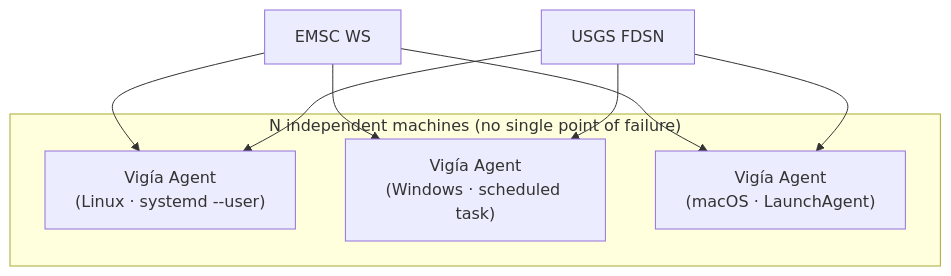
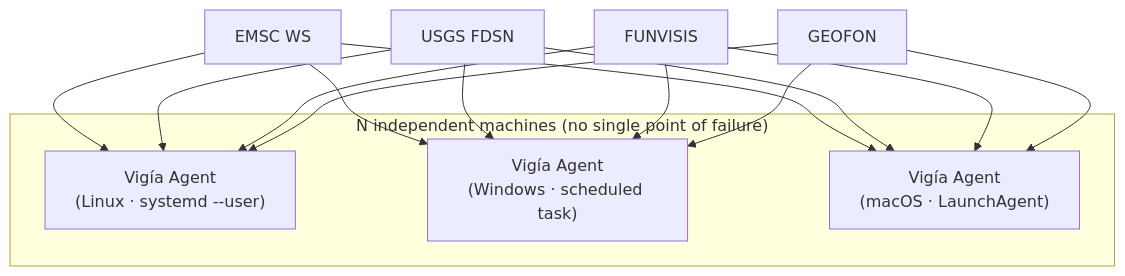
The fourth of 5 diagrams in ARCHITECTURE.md (ecrespo/vigia-eew), drawn with Mermaid before and after one commit. The commit also changed other lines of this file and 21 other files, not shown here.

````diff
--- a/ARCHITECTURE.md
+++ b/ARCHITECTURE.md
@@ -163,10 +175,12 @@
 ```mermaid
 flowchart TB
     subgraph PCs["N independent machines (no single point of failure)"]
         A["Vigía Agent<br/>(Linux · systemd --user)"]
         B["Vigía Agent<br/>(Windows · scheduled task)"]
         C["Vigía Agent<br/>(macOS · LaunchAgent)"]
     end
     EMSC["EMSC WS"] --> A & B & C
     USGS["USGS FDSN"] --> A & B & C
+    FUNVISIS["FUNVISIS"] --> A & B & C
+    GEOFON["GEOFON"] --> A & B & C
 ```
````
